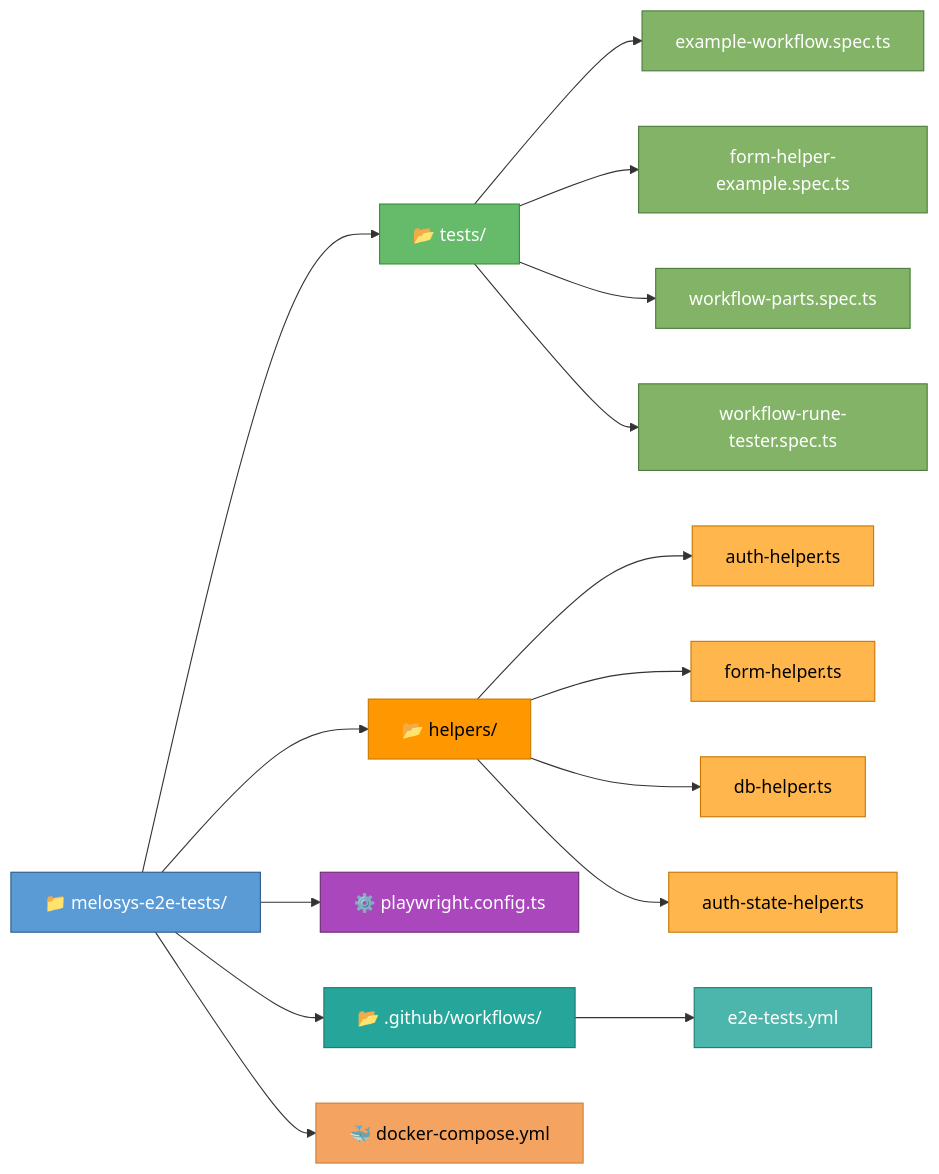
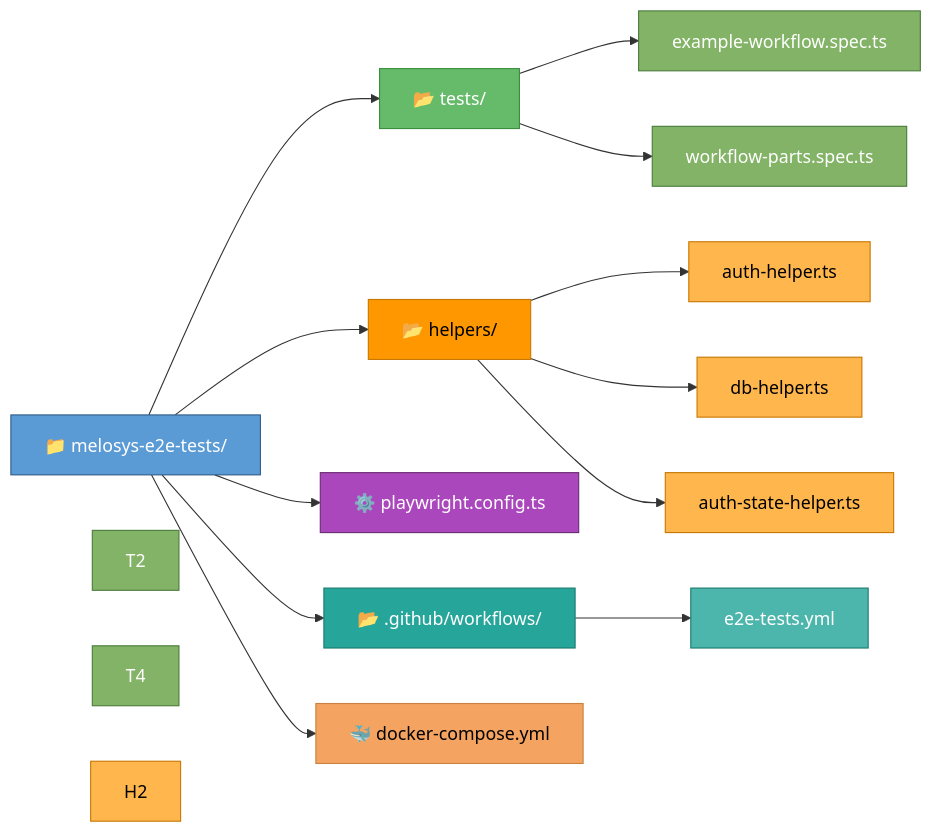
One commit to navikt/melosys-e2e-tests changed the fourth of 5 diagrams in README.md. Above: the diagram before and after it, drawn with Mermaid. The commit also changed 34 other files, not shown here.

````diff
--- a/README.md
+++ b/README.md
@@ -230,41 +230,38 @@
 ```mermaid
 graph LR
     Root["📁 melosys-e2e-tests/"]
 
     Root --> Tests["📂 tests/"]
     Root --> Helpers["📂 helpers/"]
     Root --> Config["⚙️ playwright.config.ts"]
     Root --> GHA["📂 .github/workflows/"]
     Root --> Docker["🐳 docker-compose.yml"]
 
     Tests --> T1["example-workflow.spec.ts"]
-    Tests --> T2["form-helper-example.spec.ts"]
     Tests --> T3["workflow-parts.spec.ts"]
-    Tests --> T4["workflow-rune-tester.spec.ts"]
 
     Helpers --> H1["auth-helper.ts"]
-    Helpers --> H2["form-helper.ts"]
     Helpers --> H3["db-helper.ts"]
     Helpers --> H4["auth-state-helper.ts"]
 
     GHA --> E2E["e2e-tests.yml"]
 
     style Root fill:#5B9BD5,stroke:#2E5C8A,color:#fff
     style Tests fill:#66BB6A,stroke:#388E3C,color:#fff
     style Helpers fill:#FF9800,stroke:#C77700,color:#000
     style Config fill:#AB47BC,stroke:#6A2C70,color:#fff
     style GHA fill:#26A69A,stroke:#1A7A6E,color:#fff
     style Docker fill:#F4A460,stroke:#C97F3E,color:#000
 
     style T1 fill:#82B366,stroke:#4A7C3B,color:#fff
     style T2 fill:#82B366,stroke:#4A7C3B,color:#fff
     style T3 fill:#82B366,stroke:#4A7C3B,color:#fff
     style T4 fill:#82B366,stroke:#4A7C3B,color:#fff
 
     style H1 fill:#FFB74D,stroke:#C77700,color:#000
     style H2 fill:#FFB74D,stroke:#C77700,color:#000
     style H3 fill:#FFB74D,stroke:#C77700,color:#000
     style H4 fill:#FFB74D,stroke:#C77700,color:#000
 
     style E2E fill:#4DB6AC,stroke:#1A7A6E,color:#fff
 ```
````
